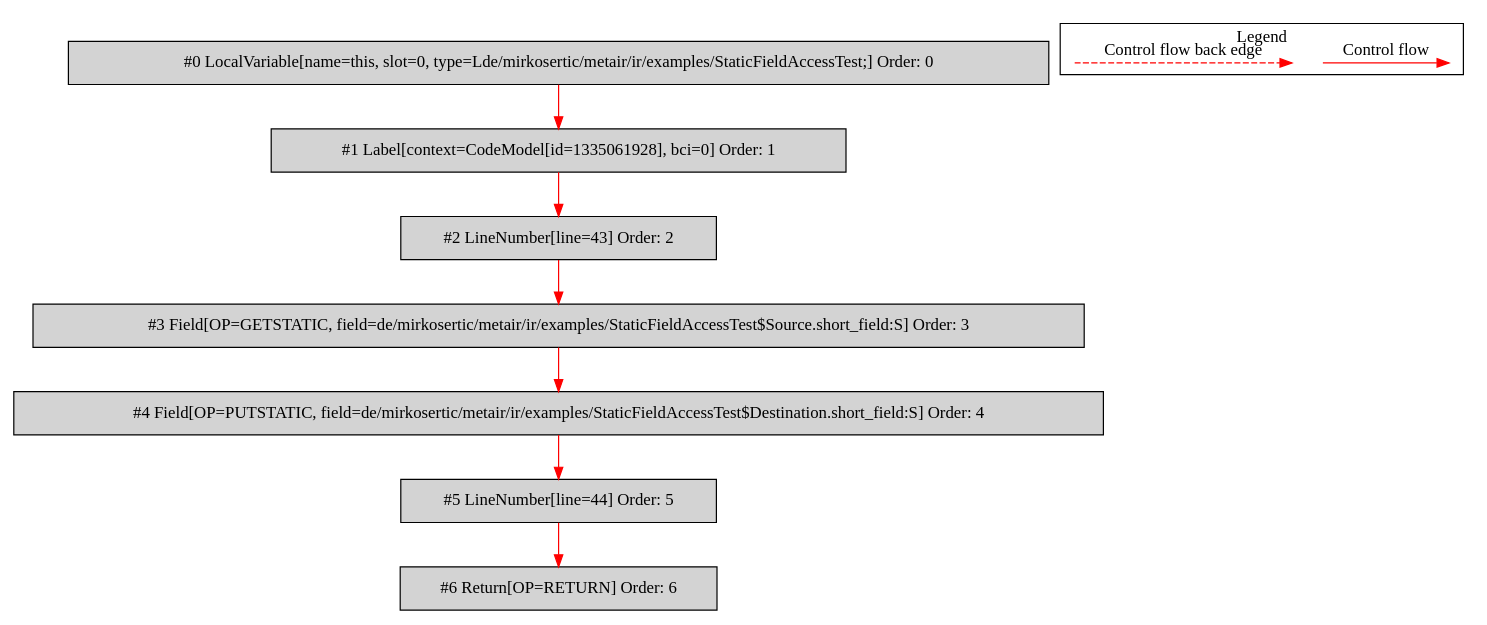
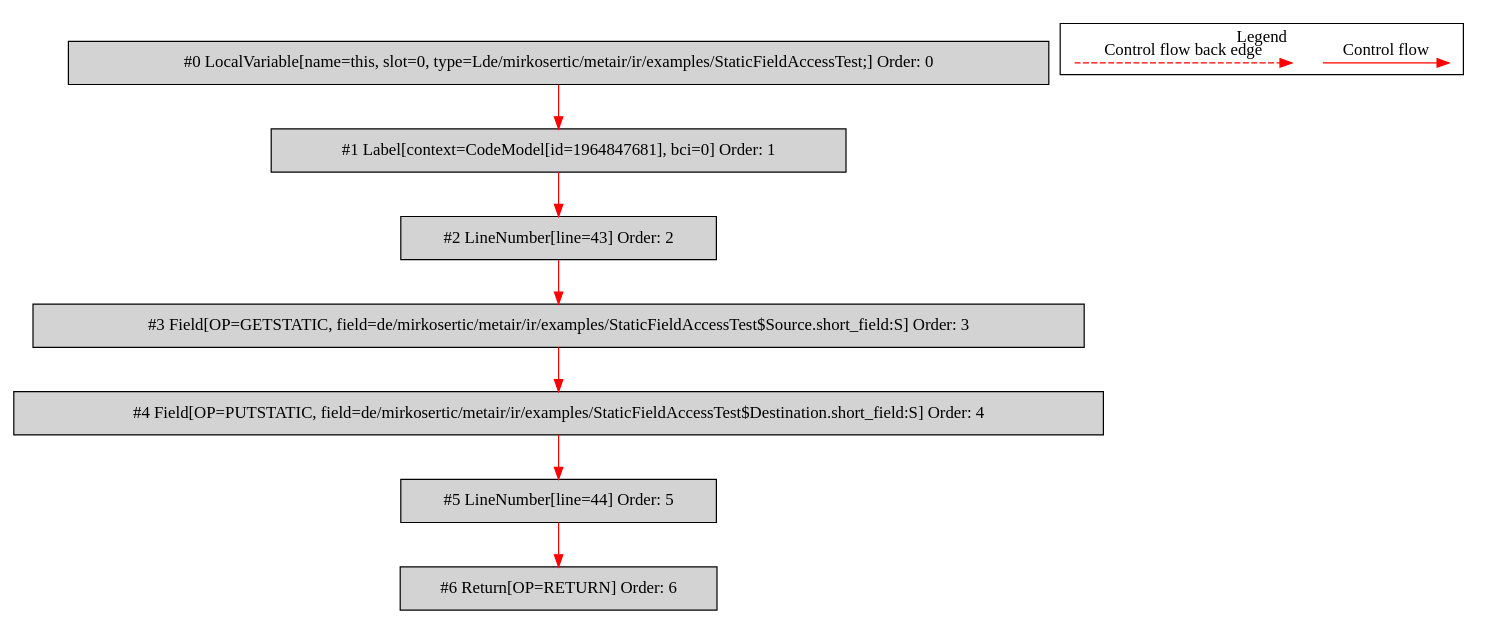
The diagram in de.mirkosertic.metair.ir.examples.StaticFieldAccessTest/copy_short/bytecodecfg.dot (mirkosertic/MetaIR), drawn with Graphviz before and after one commit. The commit also changed 77 other files, not shown here.

```diff
--- a/de.mirkosertic.metair.ir.examples.StaticFieldAccessTest/copy_short/bytecodecfg.dot
+++ b/de.mirkosertic.metair.ir.examples.StaticFieldAccessTest/copy_short/bytecodecfg.dot
@@ -1,29 +1,29 @@
 digraph {
  node0[label="#0 LocalVariable[name=this, slot=0, type=Lde/mirkosertic/metair/ir/examples/StaticFieldAccessTest;] Order: 0", shape=box, fillcolor=lightgrey, style=filled];
- node1[label="#1 Label[context=CodeModel[id=1335061928], bci=0] Order: 1", shape=box, fillcolor=lightgrey, style=filled];
+ node1[label="#1 Label[context=CodeModel[id=1964847681], bci=0] Order: 1", shape=box, fillcolor=lightgrey, style=filled];
  node2[label="#2 LineNumber[line=43] Order: 2", shape=box, fillcolor=lightgrey, style=filled];
  node3[label="#3 Field[OP=GETSTATIC, field=de/mirkosertic/metair/ir/examples/StaticFieldAccessTest$Source.short_field:S] Order: 3", shape=box, fillcolor=lightgrey, style=filled];
  node4[label="#4 Field[OP=PUTSTATIC, field=de/mirkosertic/metair/ir/examples/StaticFieldAccessTest$Destination.short_field:S] Order: 4", shape=box, fillcolor=lightgrey, style=filled];
  node5[label="#5 LineNumber[line=44] Order: 5", shape=box, fillcolor=lightgrey, style=filled];
  node6[label="#6 Return[OP=RETURN] Order: 6", shape=box, fillcolor=lightgrey, style=filled];
  node0 -> node1[color=red];
  node1 -> node2[color=red];
  node2 -> node3[color=red];
  node3 -> node4[color=red];
  node4 -> node5[color=red];
  node5 -> node6[color=red];
  subgraph cluster_000 {
   label = "Legend";
   node [shape=point]
   {
    rank=same;
    c0 [style = invis];
    c1 [style = invis];
    c2 [style = invis];
    c3 [style = invis];
   }
   c0 -> c1 [label="Control flow", style=solid, color=red]
   c2 -> c3 [label="Control flow back edge", style=dashed, color=red]
  }
 
 }
```
